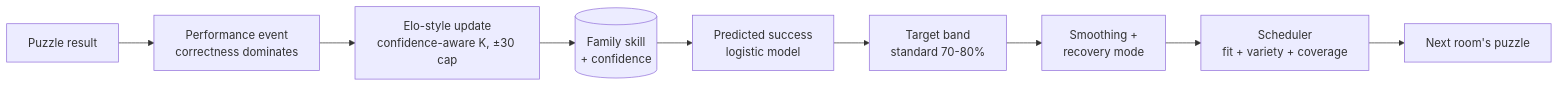
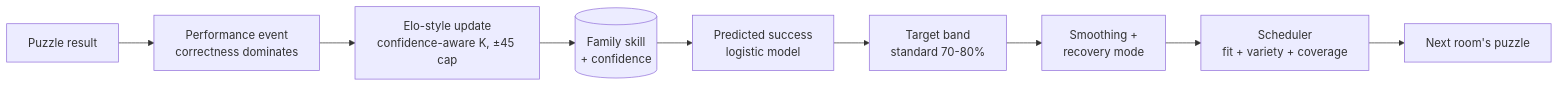
Before and after one commit to M-Mashreghi/MindForge: the first of 2 diagrams in README.md, drawn with Mermaid. The commit also changed other lines of this file and 12 other files, not shown here.

````diff
--- a/README.md
+++ b/README.md
@@ -130,11 +130,11 @@
 ```mermaid
 flowchart LR
     R[Puzzle result] --> N[Performance event<br/>correctness dominates]
-    N --> E[Elo-style update<br/>confidence-aware K, ±30 cap]
+    N --> E[Elo-style update<br/>confidence-aware K, ±45 cap]
     E --> S[(Family skill<br/>+ confidence)]
     S --> P[Predicted success<br/>logistic model]
     P --> B[Target band<br/>standard 70-80%]
     B --> SM[Smoothing +<br/>recovery mode]
     SM --> SC[Scheduler<br/>fit + variety + coverage]
     SC --> NX[Next room's puzzle]
 ```
````
